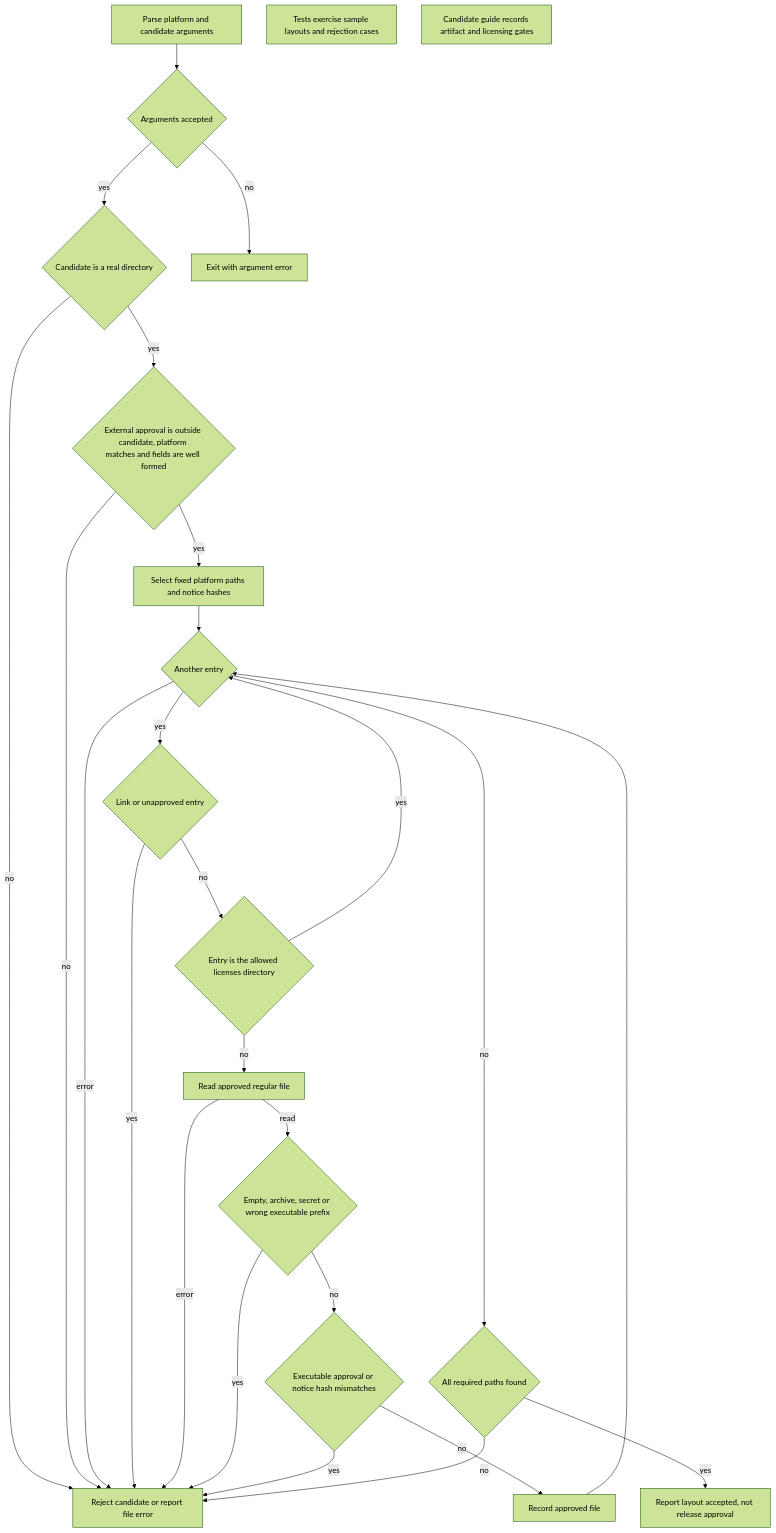
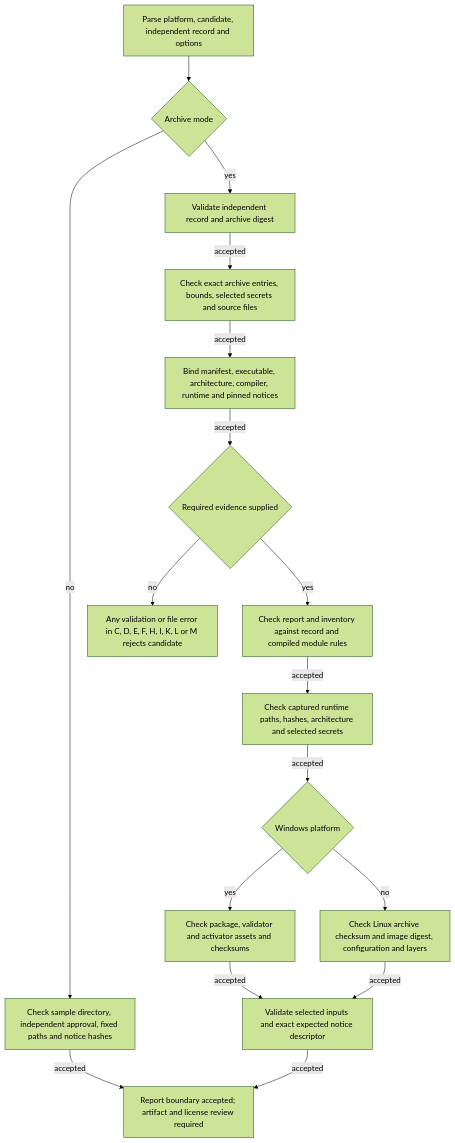
One commit to KarlSideProjects/hwmonitor-mqtt changed the diagram in docs/flows/sender.release-inspection.mmd. Above: the diagram before and after it, drawn with Mermaid (forest theme). The commit also changed 27 other files, not shown here.

```diff
--- a/docs/flows/sender.release-inspection.mmd
+++ b/docs/flows/sender.release-inspection.mmd
@@ -1,43 +1,32 @@
 flowchart TD
-    A["Parse platform and candidate arguments"]
-    B{"Arguments accepted"}
-    C{"Candidate is a real directory"}
-    R{"External approval is outside candidate, platform matches and fields are well formed"}
-    D["Select fixed platform paths and notice hashes"]
-    E{"Another entry"}
-    F{"Link or unapproved entry"}
-    G{"Entry is the allowed licenses directory"}
-    H["Read approved regular file"]
-    I{"Empty, archive, secret or wrong executable prefix"}
-    J{"Executable approval or notice hash mismatches"}
-    K["Record approved file"]
-    L{"All required paths found"}
-    M["Report layout accepted, not release approval"]
-    N["Reject candidate or report file error"]
-    O["Exit with argument error"]
-    P["Tests exercise sample layouts and rejection cases"]
-    Q["Candidate guide records artifact and licensing gates"]
+    A["Parse platform, candidate, independent record and options"]
+    B{"Archive mode"}
+    C["Check sample directory, independent approval, fixed paths and notice hashes"]
+    D["Validate independent record and archive digest"]
+    E["Check exact archive entries, bounds, selected secrets and source files"]
+    F["Bind manifest, executable, architecture, compiler, runtime and pinned notices"]
+    G{"Required evidence supplied"}
+    H["Check report and inventory against record and compiled module rules"]
+    I["Check captured runtime paths, hashes, architecture and selected secrets"]
+    J{"Windows platform"}
+    K["Check package, validator and activator assets and checksums"]
+    L["Check Linux archive checksum and image digest, configuration and layers"]
+    M["Validate selected inputs and exact expected notice descriptor"]
+    N["Report boundary accepted; artifact and license review required"]
+    O["Any validation or file error in C, D, E, F, H, I, K, L or M rejects candidate"]
     A --> B
-    B -->|no| O
-    B -->|yes| C
-    C -->|no| N
-    C -->|yes| R
-    R -->|no| N
-    R -->|yes| D
-    D --> E
-    E -->|error| N
-    E -->|yes| F
-    F -->|yes| N
-    F -->|no| G
-    G -->|yes| E
-    G -->|no| H
-    H -->|error| N
-    H -->|read| I
-    I -->|yes| N
-    I -->|no| J
-    J -->|yes| N
-    J -->|no| K
-    K --> E
-    E -->|no| L
-    L -->|no| N
-    L -->|yes| M
+    B -->|no| C
+    C -->|accepted| N
+    B -->|yes| D
+    D -->|accepted| E
+    E -->|accepted| F
+    F -->|accepted| G
+    G -->|no| O
+    G -->|yes| H
+    H -->|accepted| I
+    I -->|accepted| J
+    J -->|yes| K
+    J -->|no| L
+    K -->|accepted| M
+    L -->|accepted| M
+    M -->|accepted| N
```
